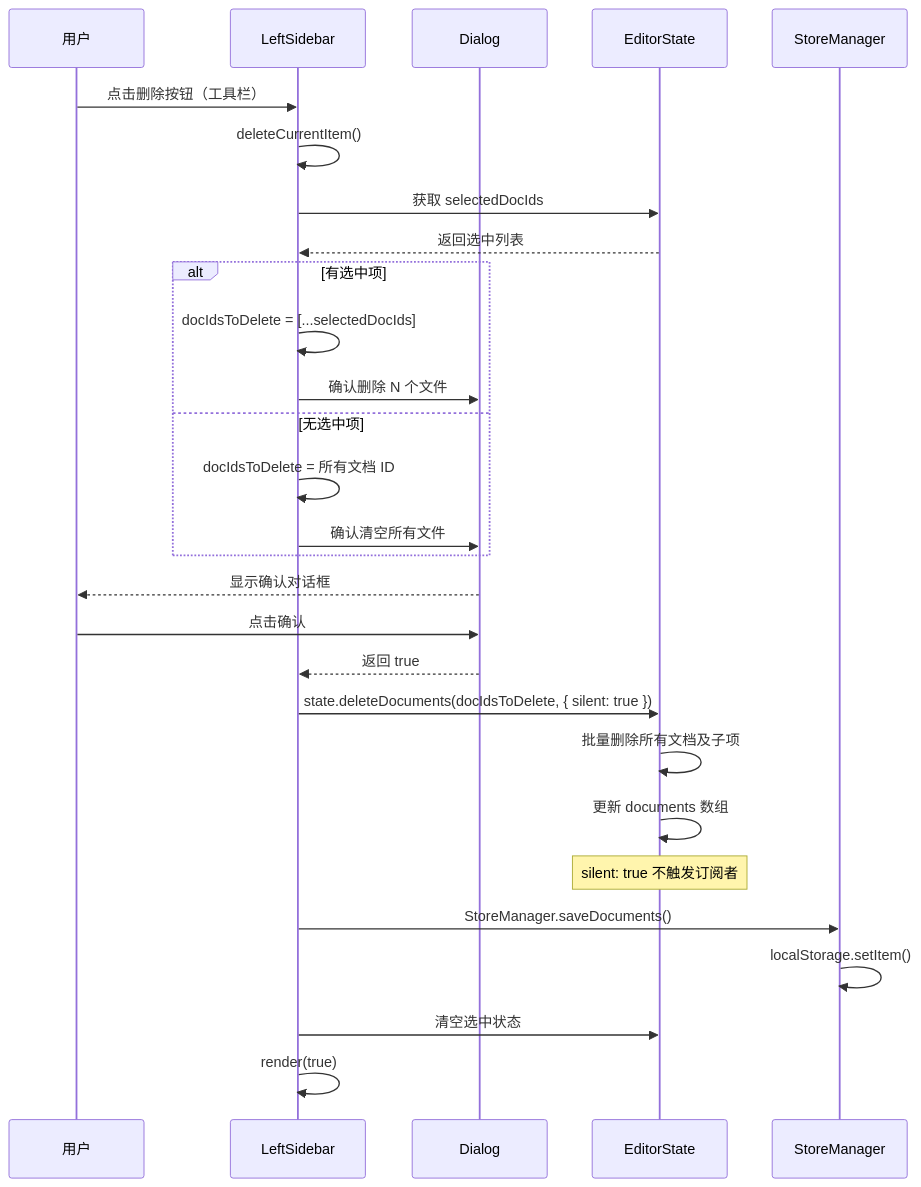
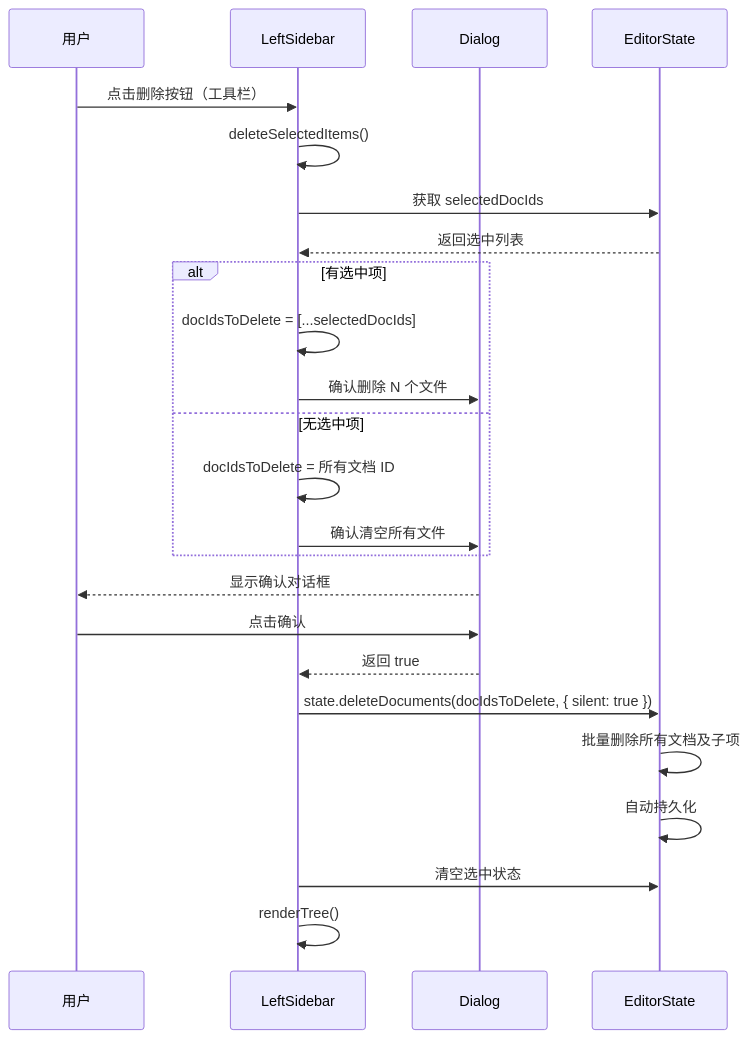
Before and after one commit to ZCShou/markdown: the fourth of 7 diagrams in docs/document.md, drawn with Mermaid. The commit also changed other lines of this file, not shown here.

Commit message:
docs: update sidebar architecture and state management documentation

````diff
--- a/docs/document.md
+++ b/docs/document.md
@@ -741,37 +788,32 @@
 ```mermaid
 sequenceDiagram
     participant User as 用户
     participant DocList as LeftSidebar
     participant Dialog as Dialog
     participant State as EditorState
-    participant Store as StoreManager
 
     User->>DocList: 点击删除按钮（工具栏）
-    DocList->>DocList: deleteCurrentItem()
+    DocList->>DocList: deleteSelectedItems()
     
     DocList->>State: 获取 selectedDocIds
     State-->>DocList: 返回选中列表
     
     alt 有选中项
         DocList->>DocList: docIdsToDelete = [...selectedDocIds]
         DocList->>Dialog: 确认删除 N 个文件
     else 无选中项
         DocList->>DocList: docIdsToDelete = 所有文档 ID
         DocList->>Dialog: 确认清空所有文件
     end
     
     Dialog-->>User: 显示确认对话框
     User->>Dialog: 点击确认
     Dialog-->>DocList: 返回 true
     
     DocList->>State: state.deleteDocuments(docIdsToDelete, { silent: true })
     State->>State: 批量删除所有文档及子项
-    State->>State: 更新 documents 数组
-    Note over State: silent: true 不触发订阅者
-    
-    DocList->>Store: StoreManager.saveDocuments()
-    Store->>Store: localStorage.setItem()
+    State->>State: 自动持久化
     
     DocList->>State: 清空选中状态
-    DocList->>DocList: render(true)
+    DocList->>DocList: renderTree()
 ```
````
